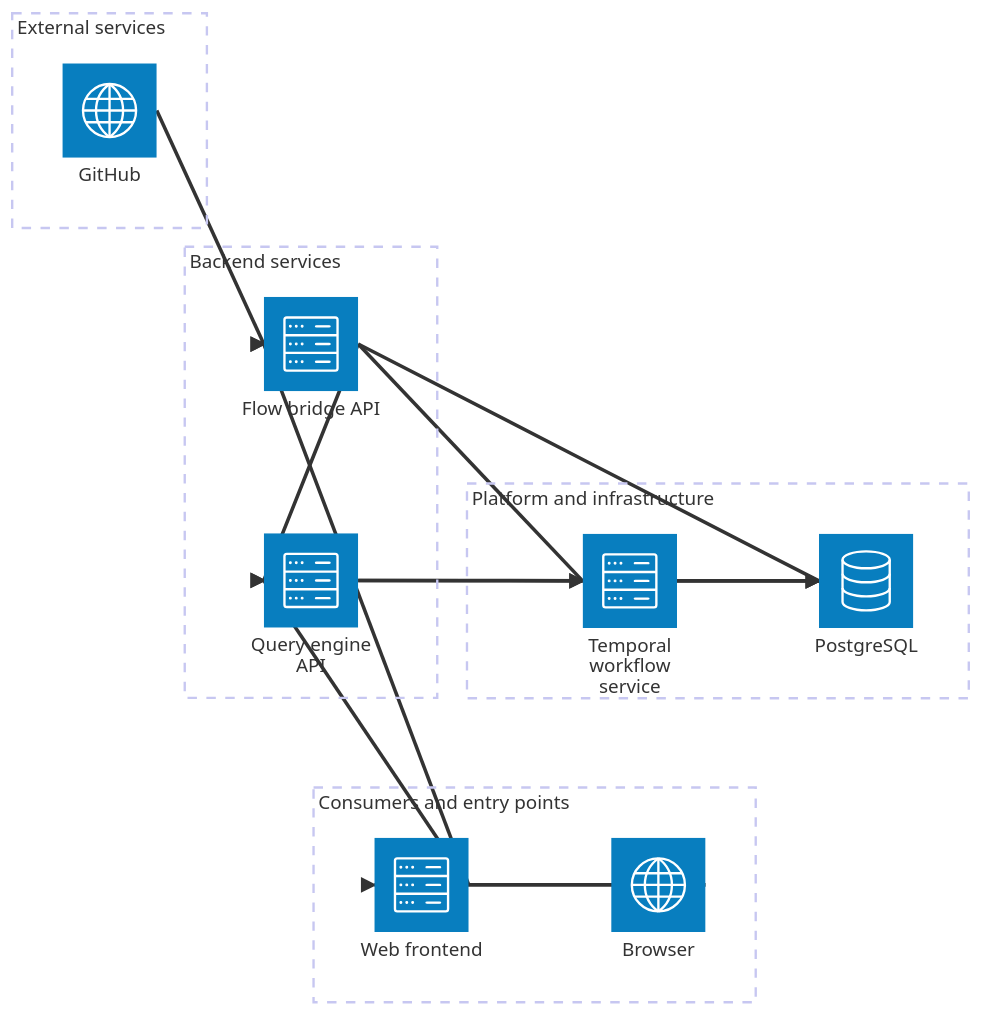
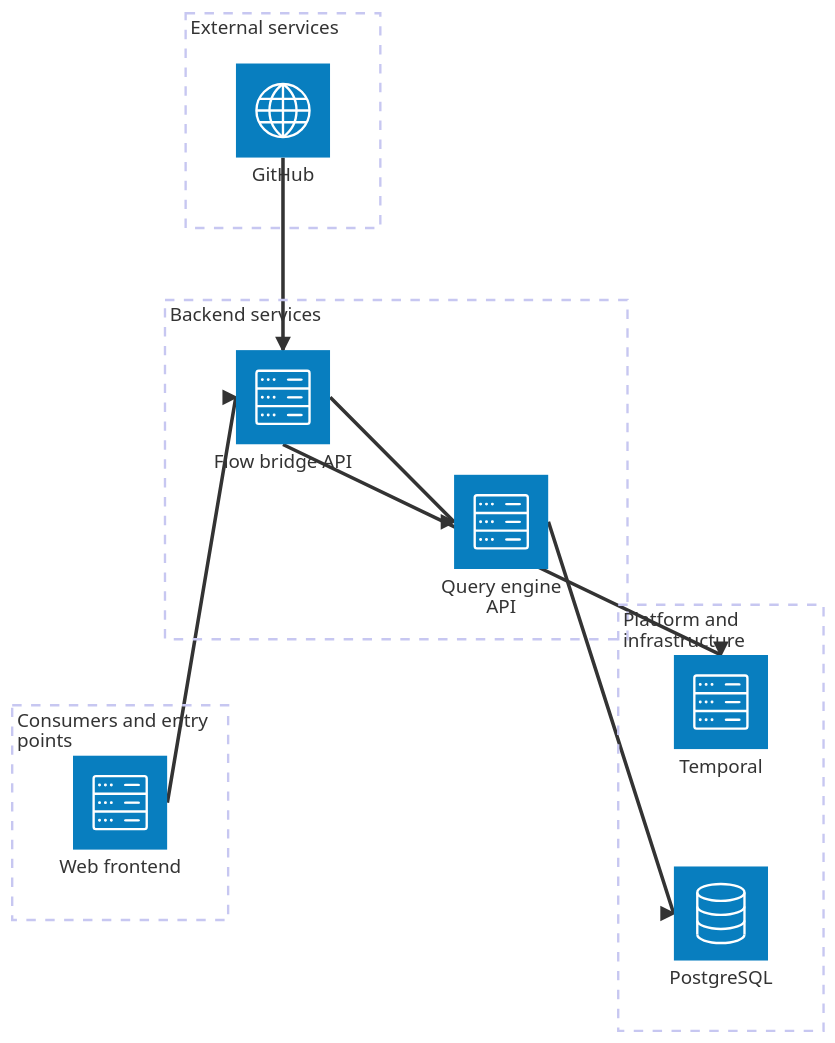
Before and after one commit to unoplat/unoplat-code-confluence: the diagram in architecture.md, drawn with Mermaid. The commit also changed other lines of this file and 21 other files, not shown here.

````diff
--- a/architecture.md
+++ b/architecture.md
@@ -5,28 +5,22 @@
 ```mermaid
 architecture-beta
     group consumers[Consumers and entry points]
     group backend[Backend services]
     group platform[Platform and infrastructure]
     group external[External services]
 
-    service browser(internet)[Browser] in consumers
     service frontend(server)[Web frontend] in consumers
     service flow_bridge(server)[Flow bridge API] in backend
     service query_engine(server)[Query engine API] in backend
-    service temporal(server)[Temporal workflow service] in platform
+    service temporal(server)[Temporal] in platform
     service postgresql(database)[PostgreSQL] in platform
     service github(internet)[GitHub] in external
 
-    browser:R --> L:frontend
     frontend:R --> L:flow_bridge
-    frontend:R --> L:query_engine
-    github:R --> L:flow_bridge
     flow_bridge:R --> L:query_engine
-    flow_bridge:R --> L:temporal
-    flow_bridge:R --> L:postgresql
-    query_engine:R --> L:temporal
+    flow_bridge:B --> T:temporal
     query_engine:R --> L:postgresql
-    temporal:R --> L:postgresql
+    github:B --> T:flow_bridge
 
-    align column flow_bridge query_engine
+    align column temporal postgresql
 ```
````
